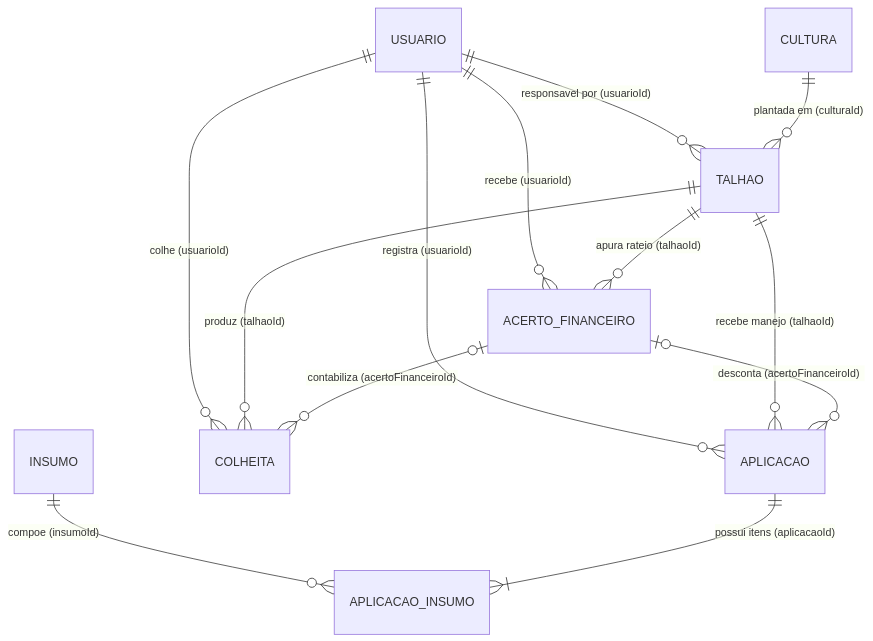
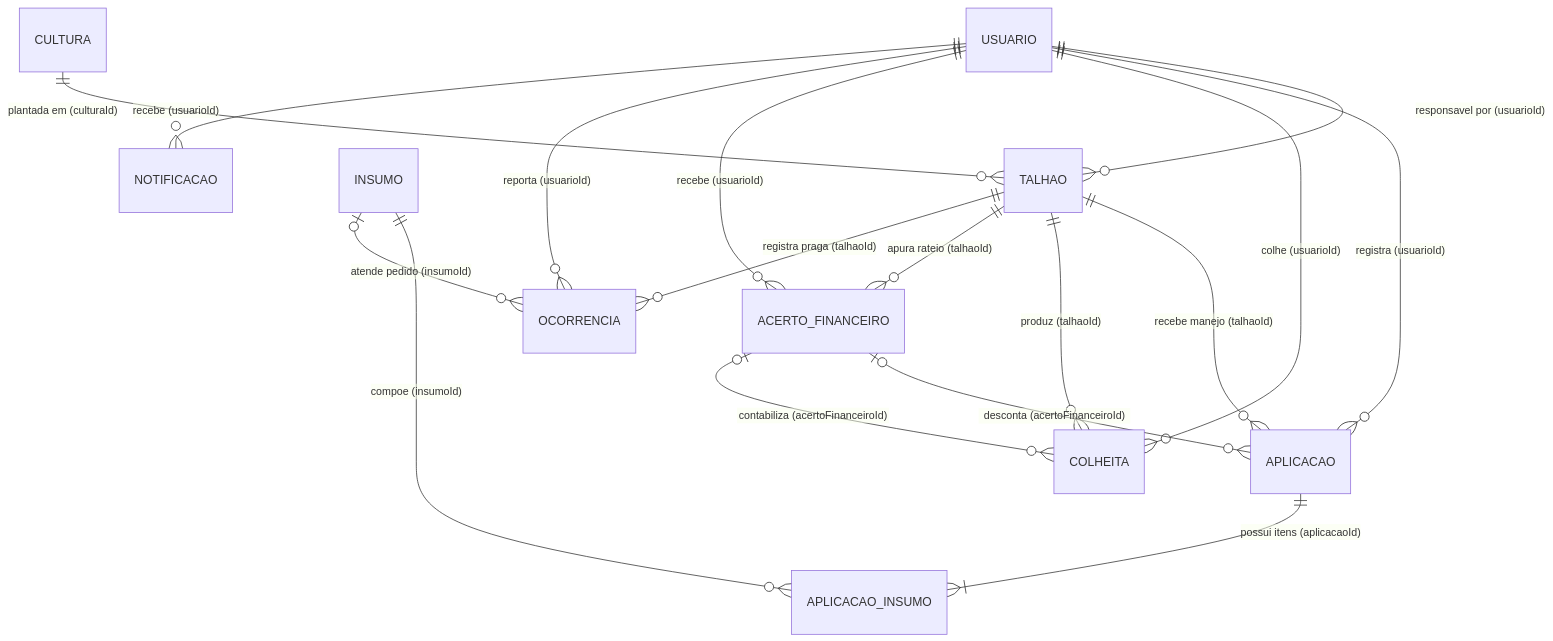
The first of 2 diagrams in documentacao-tecnica/arquitetura-e-extras/ARQUITETURA_E_EXTRAS.md (Thiagops5/agro-nezer), drawn with Mermaid before and after one commit. The commit also changed other lines of this file and 21 other files, not shown here.

````diff
--- a/documentacao-tecnica/arquitetura-e-extras/ARQUITETURA_E_EXTRAS.md
+++ b/documentacao-tecnica/arquitetura-e-extras/ARQUITETURA_E_EXTRAS.md
@@ -10,19 +10,24 @@
 ```mermaid
 erDiagram
     USUARIO ||--o{ TALHAO : "responsavel por (usuarioId)"
     USUARIO ||--o{ APLICACAO : "registra (usuarioId)"
     USUARIO ||--o{ COLHEITA : "colhe (usuarioId)"
     USUARIO ||--o{ ACERTO_FINANCEIRO : "recebe (usuarioId)"
 
     CULTURA ||--o{ TALHAO : "plantada em (culturaId)"
 
     TALHAO ||--o{ APLICACAO : "recebe manejo (talhaoId)"
     TALHAO ||--o{ COLHEITA : "produz (talhaoId)"
     TALHAO ||--o{ ACERTO_FINANCEIRO : "apura rateio (talhaoId)"
 
     INSUMO ||--o{ APLICACAO_INSUMO : "compoe (insumoId)"
     APLICACAO ||--|{ APLICACAO_INSUMO : "possui itens (aplicacaoId)"
 
     ACERTO_FINANCEIRO |o--o{ APLICACAO : "desconta (acertoFinanceiroId)"
     ACERTO_FINANCEIRO |o--o{ COLHEITA : "contabiliza (acertoFinanceiroId)"
+
+    TALHAO ||--o{ OCORRENCIA : "registra praga (talhaoId)"
+    USUARIO ||--o{ OCORRENCIA : "reporta (usuarioId)"
+    INSUMO |o--o{ OCORRENCIA : "atende pedido (insumoId)"
+    USUARIO ||--o{ NOTIFICACAO : "recebe (usuarioId)"
 ```
````
